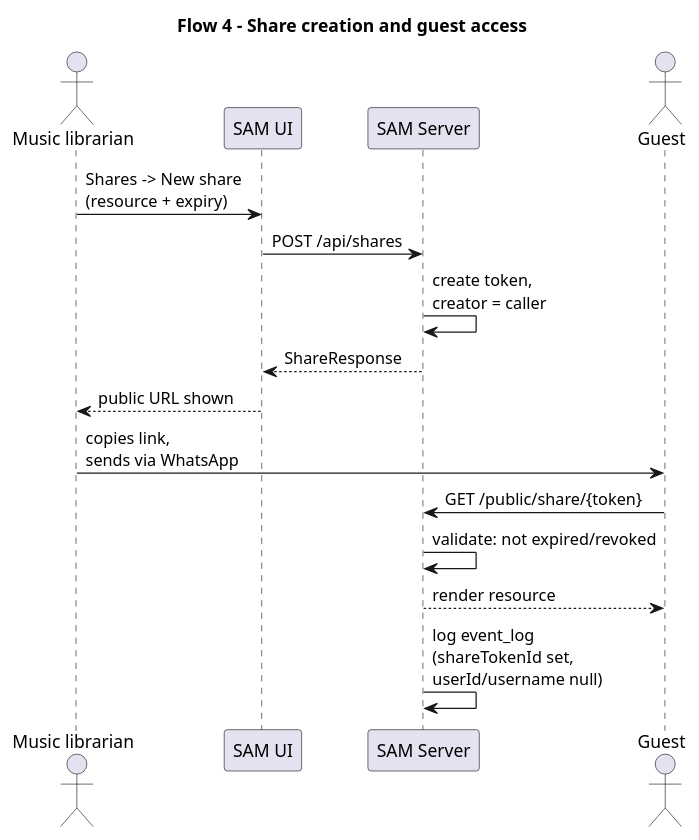
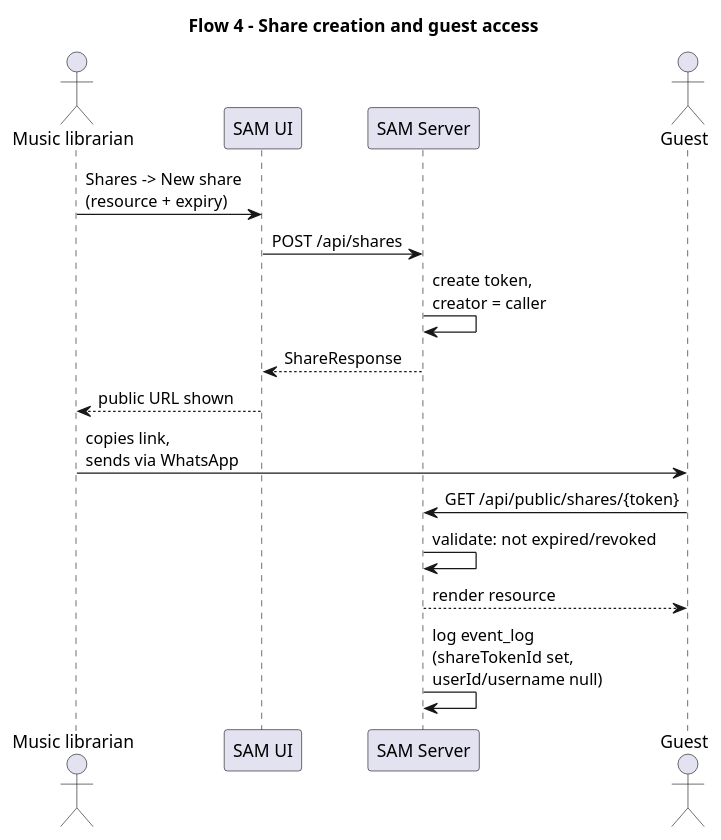
One commit to fhm84/sam changed the diagram in docs/architecture/runtime/flow-4-share-creation-guest-access.puml. Above: the diagram before and after it, drawn with PlantUML. The commit also changed 8 other files, not shown here.

First line of the commit message:
docs: correct share URLs, access-control claims and stale roadmap entries

```diff
--- a/docs/architecture/runtime/flow-4-share-creation-guest-access.puml
+++ b/docs/architecture/runtime/flow-4-share-creation-guest-access.puml
@@ -1,21 +1,21 @@
 @startuml
 title Flow 4 - Share creation and guest access
 
 actor "Music librarian" as Lib
 participant "SAM UI" as UI
 participant "SAM Server" as Server
 actor "Guest" as Guest
 
 Lib -> UI: Shares -> New share\n(resource + expiry)
 UI -> Server: POST /api/shares
 Server -> Server: create token,\ncreator = caller
 Server --> UI: ShareResponse
 UI --> Lib: public URL shown
 
 Lib -> Guest: copies link,\nsends via WhatsApp
 
-Guest -> Server: GET /public/share/{token}
+Guest -> Server: GET /api/public/shares/{token}
 Server -> Server: validate: not expired/revoked
 Server --> Guest: render resource
 Server -> Server: log event_log\n(shareTokenId set,\nuserId/username null)
 @enduml
```
